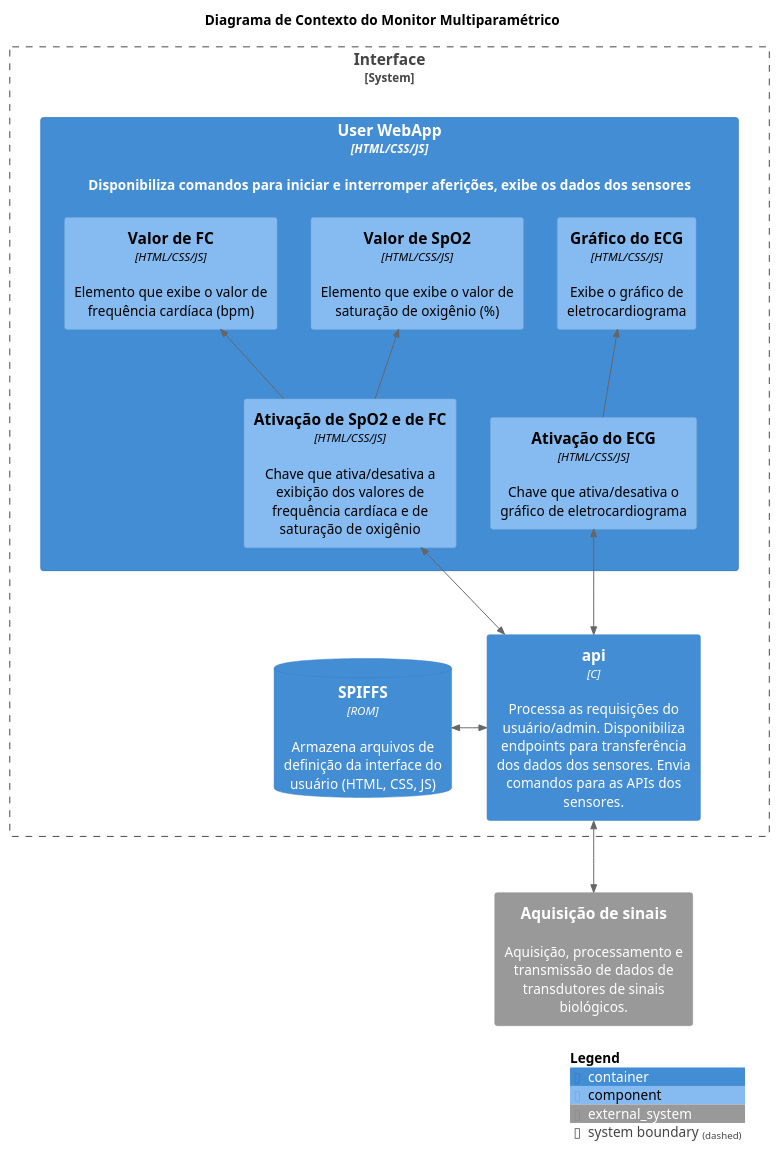
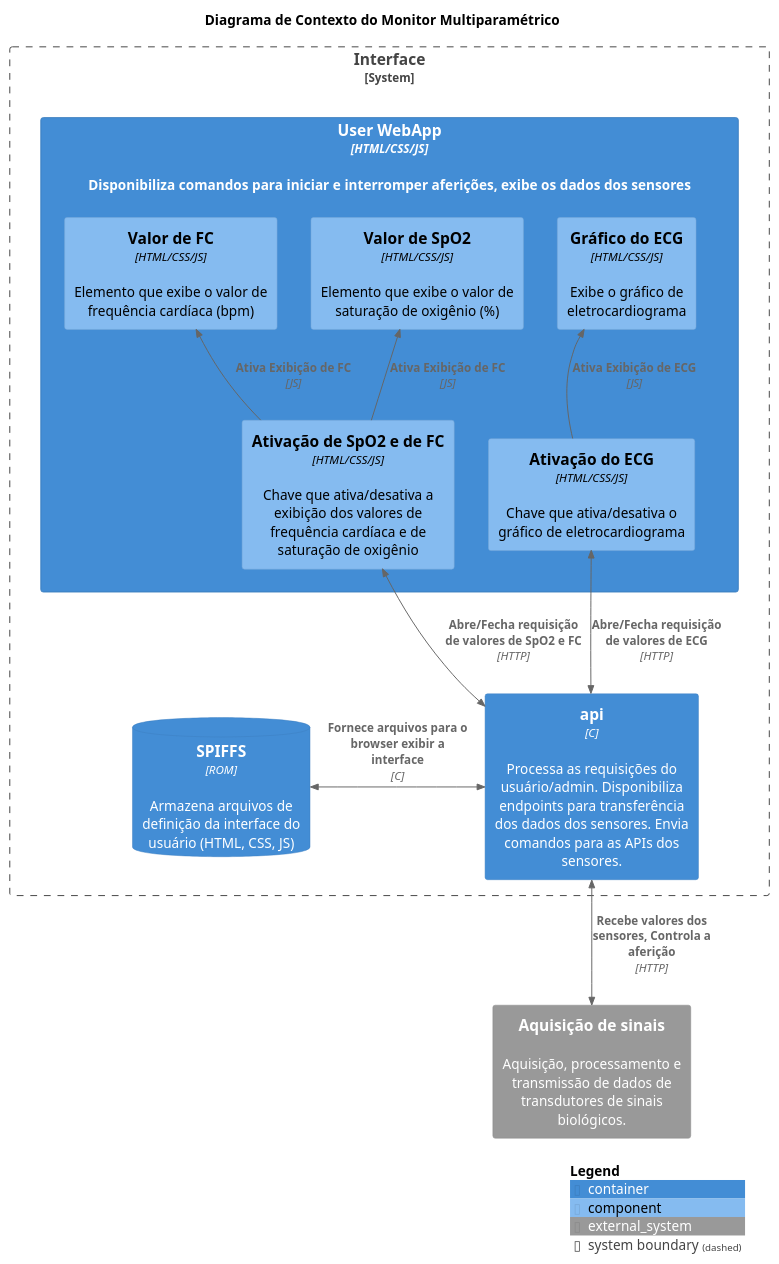
One commit to nphara/iot_multiparam_monitor changed the diagram in doc/c4/30_component_user_app.puml. Above: the diagram before and after it, drawn with PlantUML. The commit also changed 8 other files, not shown here.

Commit message:
update doc diagrams

```diff
--- a/doc/c4/30_component_user_app.puml
+++ b/doc/c4/30_component_user_app.puml
@@ -1,37 +1,37 @@
 @startuml CONTEXT
 !include https://raw.githubusercontent.com/plantuml-stdlib/C4-PlantUML/master/C4_Component.puml
 ' uncomment the following line and comment the first to use locally
 '!include C4_Component.puml
 
 title Diagrama de Contexto do Monitor Multiparamétrico
 
 System_Boundary(Interface, "Interface"){
     Container(user_webApp, "User WebApp", "HTML/CSS/JS", "Disponibiliza comandos para iniciar e interromper aferições, exibe os dados dos sensores"){
         Component(max30102_sw, "Ativação de SpO2 e de FC", "HTML/CSS/JS", "Chave que ativa/desativa a exibição dos valores de frequência cardíaca e de saturação de oxigênio")
         Component(SpO2_card, "Valor de SpO2", "HTML/CSS/JS", "Elemento que exibe o valor de saturação de oxigênio (%)")
         Component(FC_card, "Valor de FC", "HTML/CSS/JS", "Elemento que exibe o valor de frequência cardíaca (bpm)")
         Component(ad8232_sw, "Ativação do ECG", "HTML/CSS/JS", "Chave que ativa/desativa o gráfico de eletrocardiograma")
         Component(ECG_chart, "Gráfico do ECG", "HTML/CSS/JS", "Exibe o gráfico de eletrocardiograma")
     }
     Container(api, "api", "C", "Processa as requisições do usuário/admin. Disponibiliza endpoints para transferência dos dados dos sensores. Envia comandos para as APIs dos sensores. ")
     ContainerDb(spiffs, "SPIFFS", "ROM", "Armazena arquivos de definição da interface do usuário (HTML, CSS, JS)")
 }
 System_Ext(SignalsAcq, "Aquisição de sinais", "Aquisição, processamento e transmissão de dados de transdutores de sinais biológicos.")
 
 Lay_L(SpO2_card, FC_card)
 Lay_R(SpO2_card, max30102_sw)
 Lay_R(max30102_sw, ad8232_sw)
 Lay_D(user_webApp, api)
 Lay_D(api, SignalsAcq)
 Lay_R(api, spiffs)
-BiRel_D(max30102_sw, api,"","")
-BiRel_D(ad8232_sw, api,"","")
-Rel(max30102_sw, FC_card,"","")
-Rel(max30102_sw, SpO2_card,"","")
-Rel_U(ad8232_sw, ECG_chart,"","")
-BiRel(api, SignalsAcq,"","")
-BiRel_R(spiffs, api,"","")
+BiRel_D(max30102_sw, api,"Abre/Fecha requisição de valores de SpO2 e FC","HTTP")
+BiRel_D(ad8232_sw, api,"Abre/Fecha requisição de valores de ECG","HTTP")
+Rel(max30102_sw, FC_card,"Ativa Exibição de FC","JS")
+Rel(max30102_sw, SpO2_card,"Ativa Exibição de FC","JS")
+Rel_U(ad8232_sw, ECG_chart,"Ativa Exibição de ECG","JS")
+BiRel(api, SignalsAcq,"Recebe valores dos sensores, Controla a aferição","HTTP")
+BiRel_R(spiffs, api,"Fornece arquivos para o browser exibir a interface","C")
 ' SHOW_LEGEND(?hideStereotype, ?details)
 SHOW_LEGEND()
 
 @enduml
```
